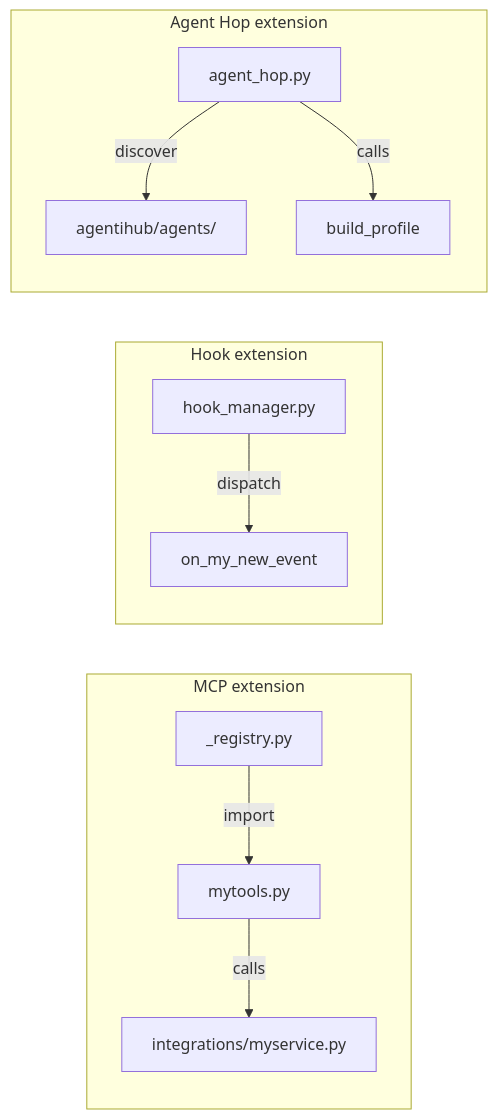
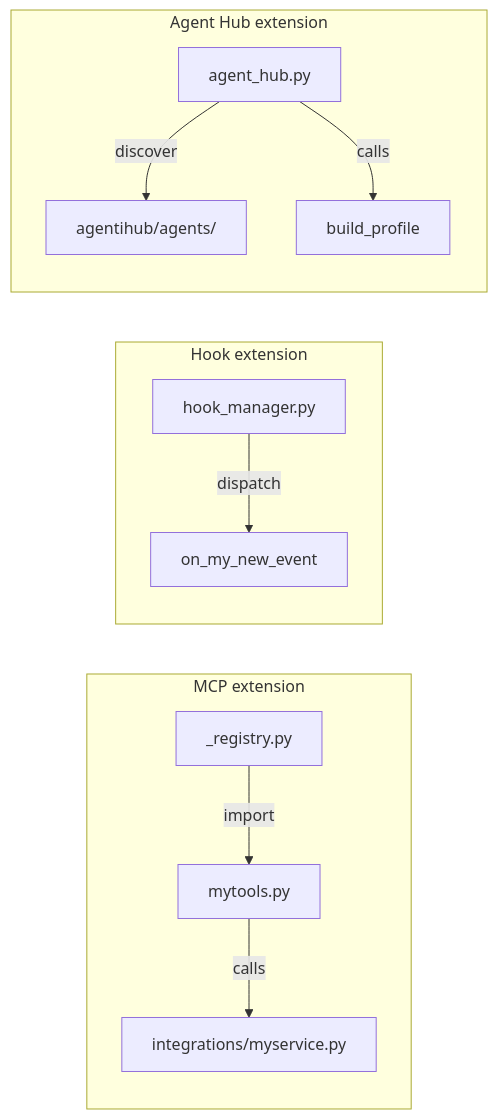
Before and after one commit to The-Cloud-Clock-Work/agentihooks: the diagram in docs/extending.md, drawn with Mermaid. The commit also changed other lines of this file and 6 other files, not shown here.

First line of the commit message:
rename: Agent Hop → Agent Hub, agent_hop.py → agent_hub.py

````diff
--- a/docs/extending.md
+++ b/docs/extending.md
@@ -218,16 +218,16 @@
 ```mermaid
 flowchart LR
     subgraph "MCP extension"
         R[_registry.py] -->|import| M[mytools.py]
         M -->|calls| I[integrations/myservice.py]
     end
 
     subgraph "Hook extension"
         HM[hook_manager.py] -->|dispatch| H[on_my_new_event]
     end
 
-    subgraph "Agent Hop extension"
-        AH[agent_hop.py] -->|discover| HUB[agentihub/agents/]
+    subgraph "Agent Hub extension"
+        AH[agent_hub.py] -->|discover| HUB[agentihub/agents/]
         AH -->|calls| BP[build_profile]
     end
 ```
````
